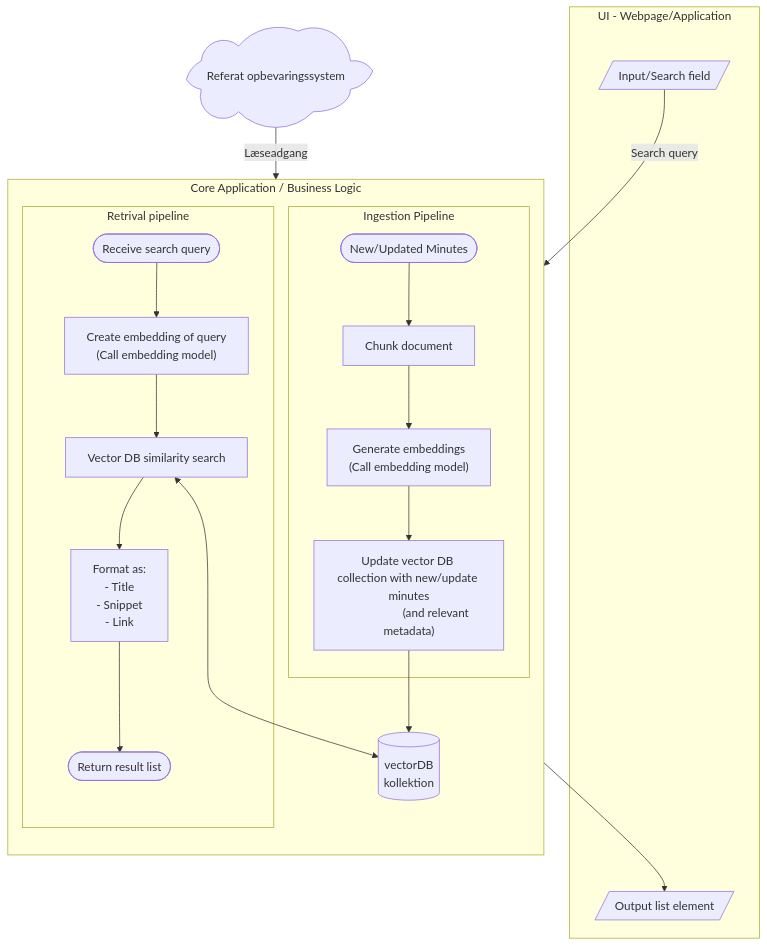
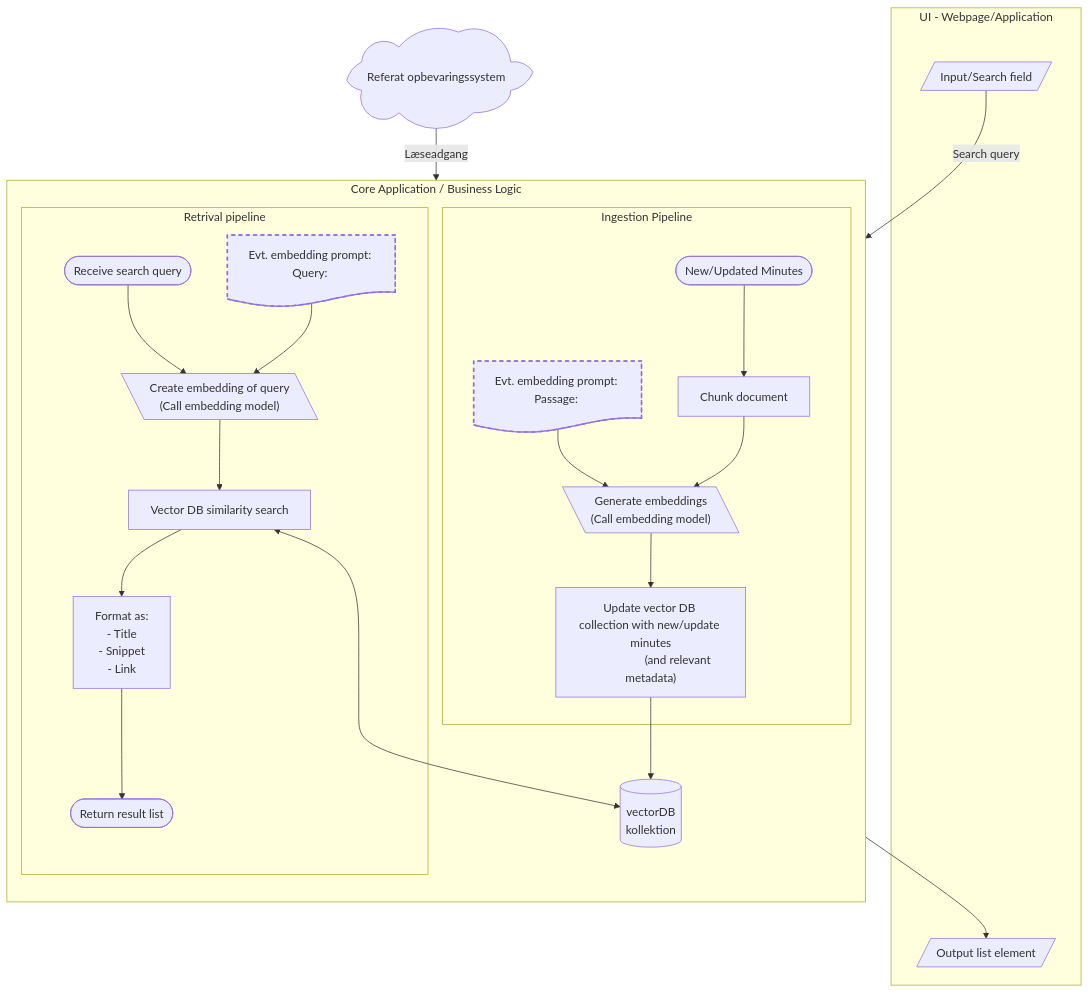
The diagram in docs/minimumskrav/AI_loesningseksempler/soegning.md (OS2sandbox/public-genai-governance), drawn with Mermaid before and after one commit. The commit also changed other lines of this file, not shown here.

Commit message:
Add optional prompts, make embedding call an input output field

````diff
--- a/docs/minimumskrav/AI_loesningseksempler/soegning.md
+++ b/docs/minimumskrav/AI_loesningseksempler/soegning.md
@@ -7,59 +17,64 @@
 ```mermaid
 flowchart TD
+    classDef optional stroke-width:2px,stroke-dasharray: 5 5
+    %% ,color:#fff
     
     subgraph UI["UI - Webpage/Application"]
         user@{ shape: in-out, label: "Input/Search field"} 
         
         results@{ shape: in-out, label: "Output list element"}
     end
 
     system@{ shape: cloud, label: "Referat opbevaringssystem"}
 
     subgraph core["`Core Application / Business Logic`"]
         direction TB
         
         vdb@{ shape: db, label: "vectorDB\n kollektion"}
         %% Re-indexing flow
         subgraph ingest["Ingestion Pipeline"]
     
             minutes(["New/Updated Minutes"])
             chunk["Chunk document"]
-            embed2["Generate embeddings
-                    (Call embedding model)"]
+            prompt2:::optional@{ shape: doc, label: "Evt. embedding prompt: Passage: " }
+            embed2@{ shape: lean-l, label: "Generate embeddings
+                    (Call embedding model)" }
             store["Update vector DB collection with new/update minutes
                    (and relevant metadata)"]
     
+            prompt2 --> embed2
             minutes --> chunk --> embed2 --> store
         end
         
         store --> vdb
         
         subgraph retrive["Retrival pipeline"]
             
             start([Receive search query])
-    
-            embed["Create embedding of query
-                   (Call embedding model)"]
+            
+            prompt:::optional@{ shape: doc, label: "Evt. embedding prompt: Query: " }
+            embed@{ shape: lean-l, label: "Create embedding of query
+                   (Call embedding model)" }
     
             search["Vector DB similarity search"]
     
             format["Format as:
                     - Title
                     - Snippet
                     - Link"]
     
             return([Return result list])
     
-            user-->|Search query| start --> embed --> search --> format --> return
-            
+            user -->|Search query| start --> embed --> search --> format --> return
+            prompt --> embed
         end
         
         search <--> vdb
         
     end
     system -->|Læseadgang| minutes
     
     return --> results
 
     
 ```
````
